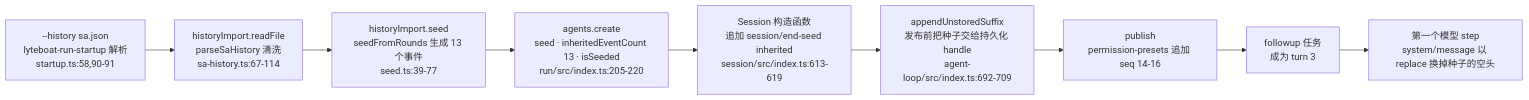
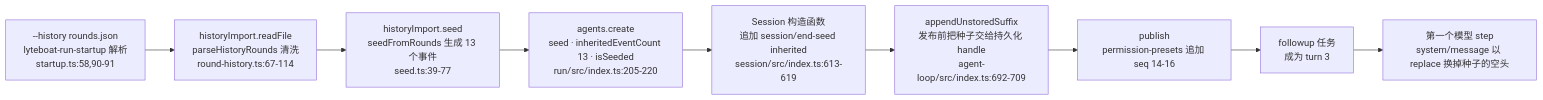
Before and after one commit to lyteboat/boat: diagram 11 of 11 in docs/01-architecture.md, drawn with Mermaid. The commit also changed other lines of this file and 45 other files, not shown here.

````diff
--- a/docs/01-architecture.md
+++ b/docs/01-architecture.md
@@ -988,11 +988,11 @@
 ```mermaid
 flowchart LR
-  arg["--history sa.json<br/>lyteboat-run-startup 解析<br/>startup.ts:58,90-91"] --> rf["historyImport.readFile<br/>parseSaHistory 清洗<br/>sa-history.ts:67-114"]
+  arg["--history rounds.json<br/>lyteboat-run-startup 解析<br/>startup.ts:58,90-91"] --> rf["historyImport.readFile<br/>parseHistoryRounds 清洗<br/>round-history.ts:67-114"]
   rf --> sd["historyImport.seed<br/>seedFromRounds 生成 13 个事件<br/>seed.ts:39-77"]
   sd --> cr["agents.create<br/>seed · inheritedEventCount 13 · isSeeded<br/>run/src/index.ts:205-220"]
   cr --> es["Session 构造函数<br/>追加 session/end-seed inherited<br/>session/src/index.ts:613-619"]
   es --> st["appendUnstoredSuffix<br/>发布前把种子交给持久化 handle<br/>agent-loop/src/index.ts:692-709"]
   st --> pub["publish<br/>permission-presets 追加 seq 14-16"]
   pub --> task["followup 任务<br/>成为 turn 3"]
   task --> rep["第一个模型 step<br/>system/message 以 replace 换掉种子的空头"]
 ```
````
